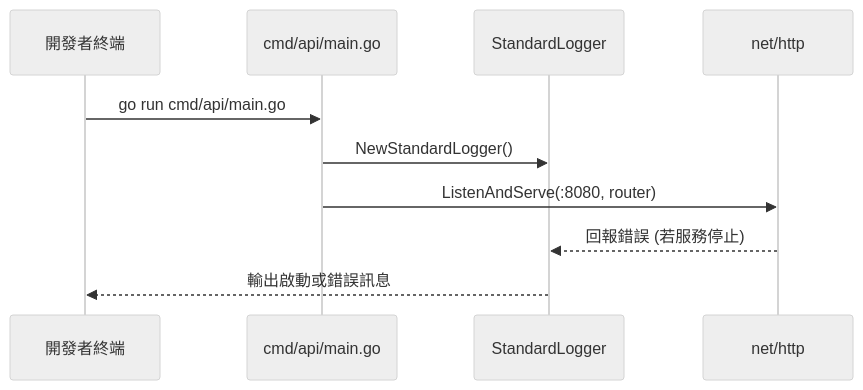
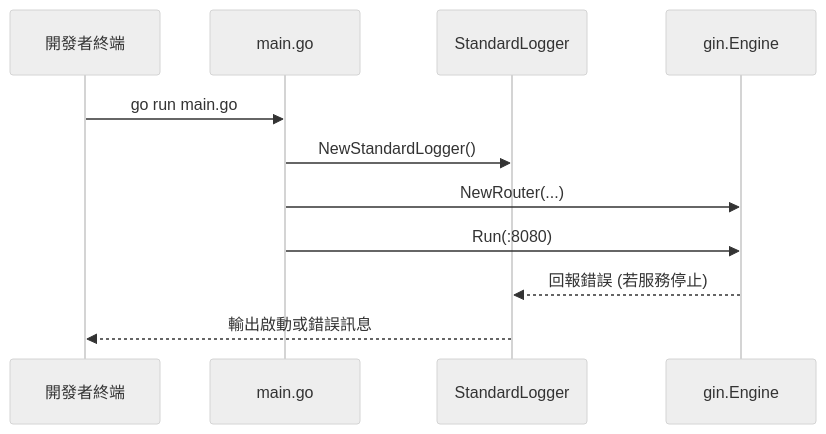
Before and after one commit to kentlin0919/Subscription_System_App: the first of 2 diagrams in README.md, drawn with Mermaid (neutral theme). The commit also changed other lines of this file and 8 other files, not shown here.

Commit message:
feat(http): adopt gin router

````diff
--- a/README.md
+++ b/README.md
@@ -48,13 +48,14 @@
 ```mermaid
 sequenceDiagram
     participant CLI as 開發者終端
-    participant Main as cmd/api/main.go
+    participant Main as main.go
     participant Logger as StandardLogger
-    participant HTTP as net/http
+    participant Gin as gin.Engine
 
-    CLI->>Main: go run cmd/api/main.go
+    CLI->>Main: go run main.go
     Main->>Logger: NewStandardLogger()
-    Main->>HTTP: ListenAndServe(:8080, router)
-    HTTP-->>Logger: 回報錯誤 (若服務停止)
+    Main->>Gin: NewRouter(...)
+    Main->>Gin: Run(:8080)
+    Gin-->>Logger: 回報錯誤 (若服務停止)
     Logger-->>CLI: 輸出啟動或錯誤訊息
 ```
````
